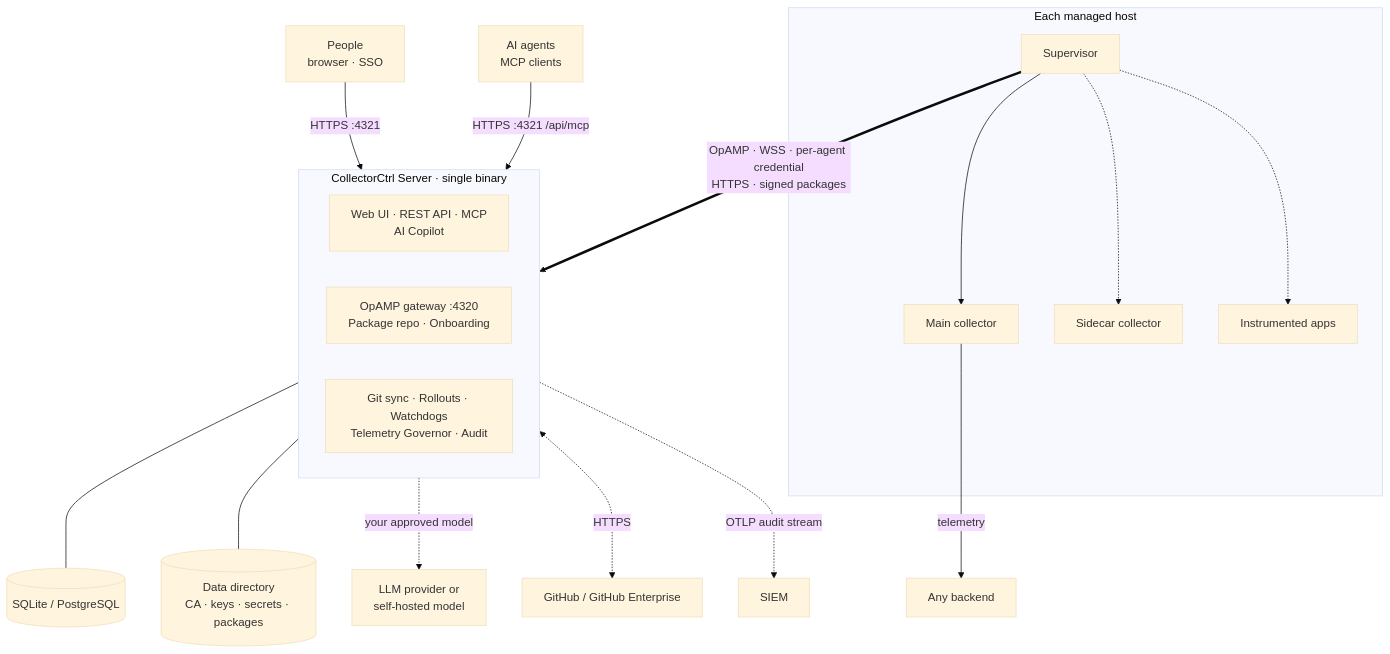
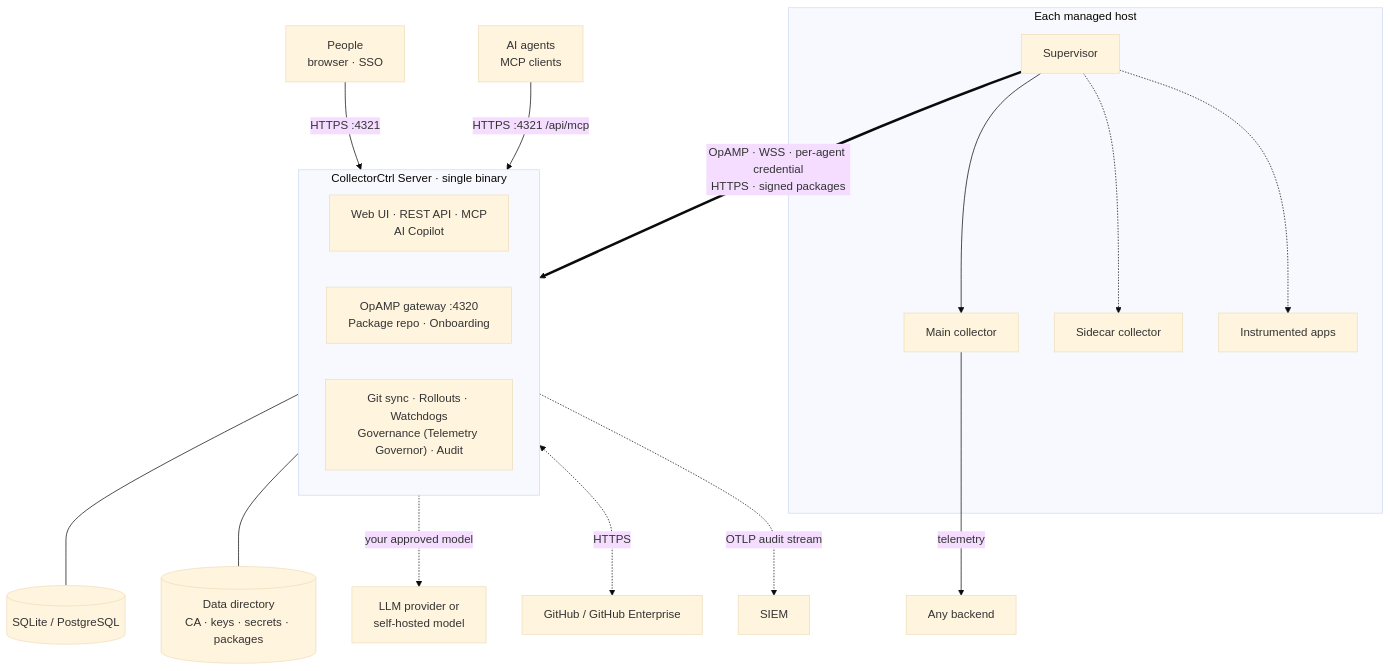
Before and after one commit to CollectorCtrl/CollectorCtrl: the diagram in docs/architecture.md, drawn with Mermaid (base theme). The commit also changed other lines of this file and 14 other files, not shown here.

````diff
--- a/docs/architecture.md
+++ b/docs/architecture.md
@@ -5,26 +5,26 @@
 ```mermaid
 flowchart TB
     People["People<br/>browser · SSO"] -- "HTTPS :4321" --> CP
     Agents["AI agents<br/>MCP clients"] -- "HTTPS :4321 /api/mcp" --> CP
 
     subgraph CP["CollectorCtrl Server · single binary"]
         direction LR
         A["Web UI · REST API · MCP<br/>AI Copilot"]
         B["OpAMP gateway :4320<br/>Package repo · Onboarding"]
-        C["Git sync · Rollouts · Watchdogs<br/>Telemetry Governor · Audit"]
+        C["Git sync · Rollouts · Watchdogs<br/>Governance (Telemetry Governor) · Audit"]
     end
 
     CP --- DB[("SQLite / PostgreSQL")]
     CP --- DATA[("Data directory<br/>CA · keys · secrets · packages")]
     CP -. "your approved model" .-> LLM["LLM provider or<br/>self-hosted model"]
     CP <-. "HTTPS" .-> GH["GitHub / GitHub Enterprise"]
     CP -. "OTLP audit stream" .-> SIEM["SIEM"]
 
     subgraph H["Each managed host"]
         SUP["Supervisor"] --> MAIN["Main collector"]
         SUP -.-> SIDE["Sidecar collector"]
         SUP -.-> APPS["Instrumented apps"]
     end
     SUP == "OpAMP · WSS · per-agent credential<br/>HTTPS · signed packages" ==> CP
     MAIN -- "telemetry" --> BE["Any backend"]
 ```
````
